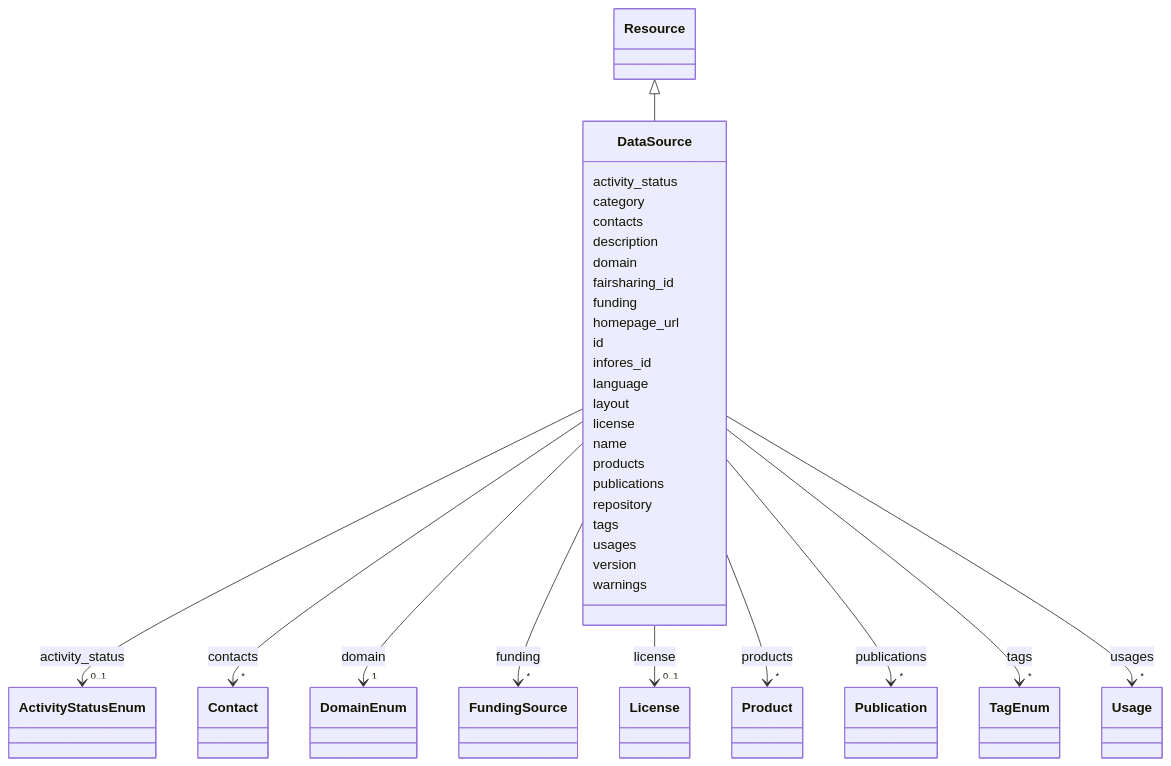
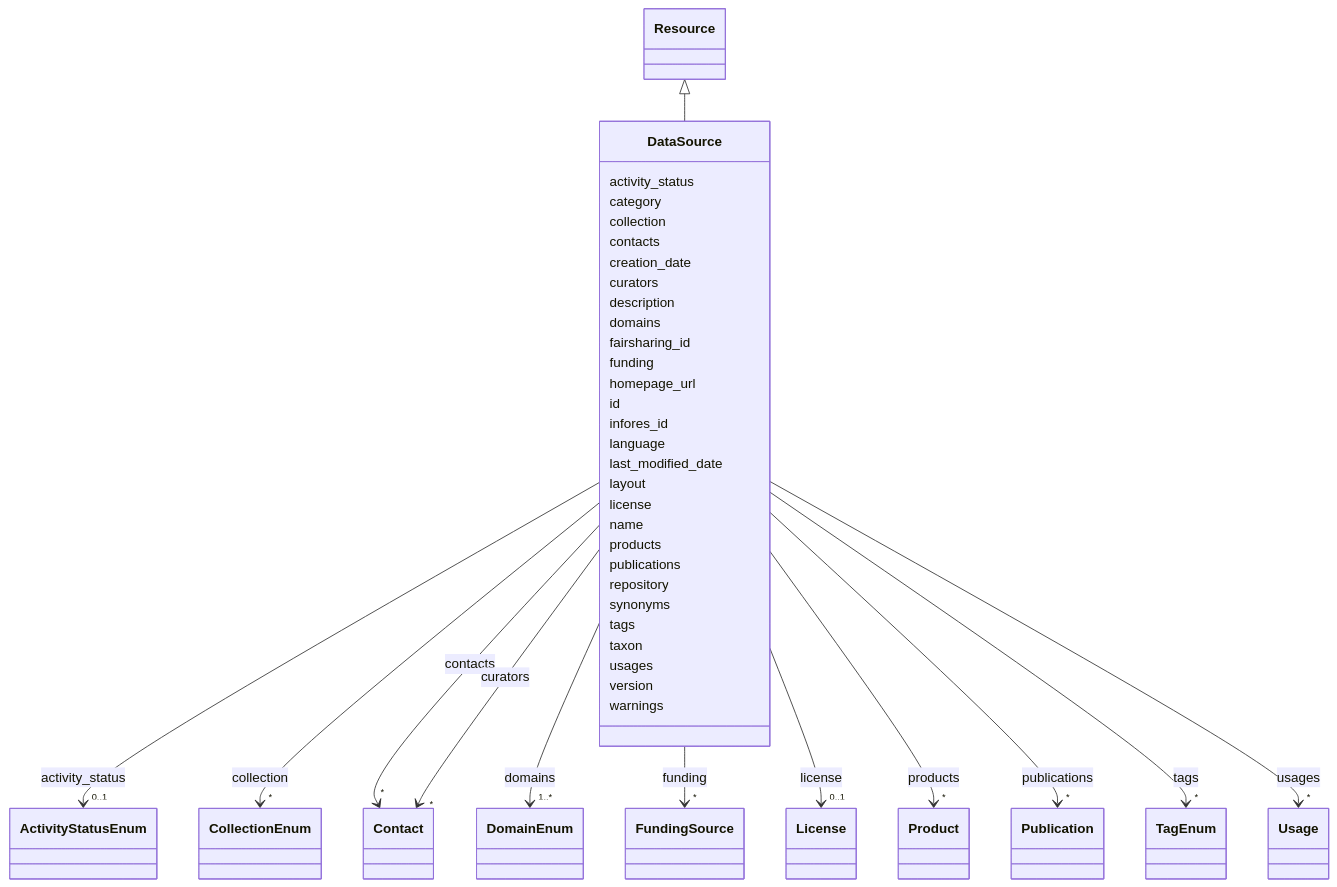
One commit to Knowledge-Graph-Hub/kg-registry changed the diagram in docs/schema/DataSource.md. Above: the diagram before and after it, drawn with Mermaid. The commit also changed other lines of this file and 141 other files, not shown here.

````diff
--- a/docs/schema/DataSource.md
+++ b/docs/schema/DataSource.md
@@ -24,114 +23,162 @@
 ```mermaid
  classDiagram
     class DataSource
-    click DataSource href "DataSource.html"
+    click DataSource href "DataSource/.html"
       Resource <|-- DataSource
-        click Resource href "Resource.html"
-      
+        click Resource href "Resource/.html"
+
       DataSource : activity_status
-        
-          
-    
-    
-    DataSource --> "0..1" ActivityStatusEnum : activity_status
-    click ActivityStatusEnum href "ActivityStatusEnum.html"
 
-        
+
+
+
+
+        DataSource --> "0..1" ActivityStatusEnum : activity_status
+        click ActivityStatusEnum href "ActivityStatusEnum/.html"
+
+
+
       DataSource : category
-        
+
+      DataSource : collection
+
+
+
+
+
+        DataSource --> "*" CollectionEnum : collection
+        click CollectionEnum href "CollectionEnum/.html"
+
+
+
       DataSource : contacts
-        
-          
-    
-    
-    DataSource --> "*" Contact : contacts
-    click Contact href "Contact.html"
 
-        
+
+
+
+
+        DataSource --> "*" Contact : contacts
+        click Contact href "Contact/.html"
+
+
+
+      DataSource : creation_date
+
+      DataSource : curators
+
+
+
+
+
+        DataSource --> "*" Contact : curators
+        click Contact href "Contact/.html"
+
+
+
       DataSource : description
-        
-      DataSource : domain
-        
-          
-    
-    
-    DataSource --> "1" DomainEnum : domain
-    click DomainEnum href "DomainEnum.html"
 
-        
+      DataSource : domains
+
+
+
+
+
+        DataSource --> "1..*" DomainEnum : domains
+        click DomainEnum href "DomainEnum/.html"
+
+
+
       DataSource : fairsharing_id
-        
+
       DataSource : funding
-        
-          
-    
-    
-    DataSource --> "*" FundingSource : funding
-    click FundingSource href "FundingSource.html"
 
-        
+
+
+
+
+        DataSource --> "*" FundingSource : funding
+        click FundingSource href "FundingSource/.html"
+
+
+
       DataSource : homepage_url
-        
+
       DataSource : id
-        
+
       DataSource : infores_id
-        
+
       DataSource : language
-        
+
+      DataSource : last_modified_date
+
       DataSource : layout
-        
+
       DataSource : license
-        
-          
-    
-    
-    DataSource --> "0..1" License : license
-    click License href "License.html"
 
-        
+
+
+
+
+        DataSource --> "0..1" License : license
+        click License href "License/.html"
+
+
+
       DataSource : name
-        
+
       DataSource : products
-        
-          
-    
-    
-    DataSource --> "*" Product : products
-    click Product href "Product.html"
 
-        
+
+
+
+
+        DataSource --> "*" Product : products
+        click Product href "Product/.html"
+
+
+
       DataSource : publications
-        
-          
-    
-    
-    DataSource --> "*" Publication : publications
-    click Publication href "Publication.html"
 
-        
+
+
+
+
+        DataSource --> "*" Publication : publications
+        click Publication href "Publication/.html"
+
+
+
       DataSource : repository
-        
+
+      DataSource : synonyms
+
       DataSource : tags
-        
-          
-    
-    
-    DataSource --> "*" TagEnum : tags
-    click TagEnum href "TagEnum.html"
 
-        
+
+
+
+
+        DataSource --> "*" TagEnum : tags
+        click TagEnum href "TagEnum/.html"
+
+
+
+      DataSource : taxon
+
       DataSource : usages
-        
-          
-    
-    
-    DataSource --> "*" Usage : usages
-    click Usage href "Usage.html"
 
-        
+
+
+
+
+        DataSource --> "*" Usage : usages
+        click Usage href "Usage/.html"
+
+
+
       DataSource : version
-        
+
       DataSource : warnings
-        
-      
+
+
 ```
````
